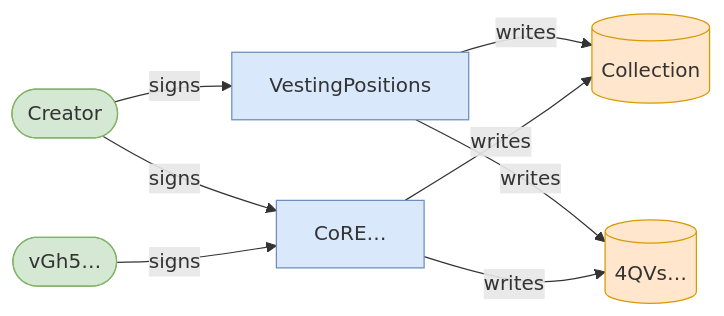
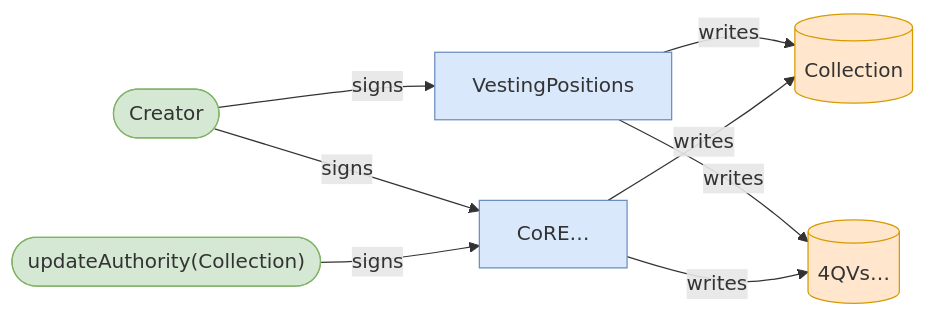
Before and after one commit to cds-turbin3/vesting-position: the eighth of 18 diagrams in babelfish-tests/test-report/freeze_asset_blocks_transfer_and_unfreeze_restores.md, drawn with Mermaid. The commit also changed other lines of this file and 51 other files, not shown here.

````diff
--- a/babelfish-tests/test-report/freeze_asset_blocks_transfer_and_unfreeze_restores.md
+++ b/babelfish-tests/test-report/freeze_asset_blocks_transfer_and_unfreeze_restores.md
@@ -404,19 +351,19 @@
 ```mermaid
 flowchart LR
     VestingPositions["VestingPositions"]:::program
     Creator(["Creator"]):::signer
     Collection[("Collection")]:::state
     4QVs[("4QVs…")]:::state
     CoRE["CoRE…"]:::program
-    vGh5(["vGh5…"]):::signer
+    updateAuthorityCollection(["updateAuthority(Collection)"]):::signer
     Creator -->|signs| VestingPositions
     VestingPositions -->|writes| Collection
     VestingPositions -->|writes| 4QVs
     CoRE -->|writes| 4QVs
     CoRE -->|writes| Collection
     Creator -->|signs| CoRE
-    vGh5 -->|signs| CoRE
+    updateAuthorityCollection -->|signs| CoRE
     classDef program fill:#dae8fc,stroke:#6c8ebf;
     classDef signer fill:#d5e8d4,stroke:#82b366;
     classDef state fill:#ffe6cc,stroke:#d79b00;
 ```
````
